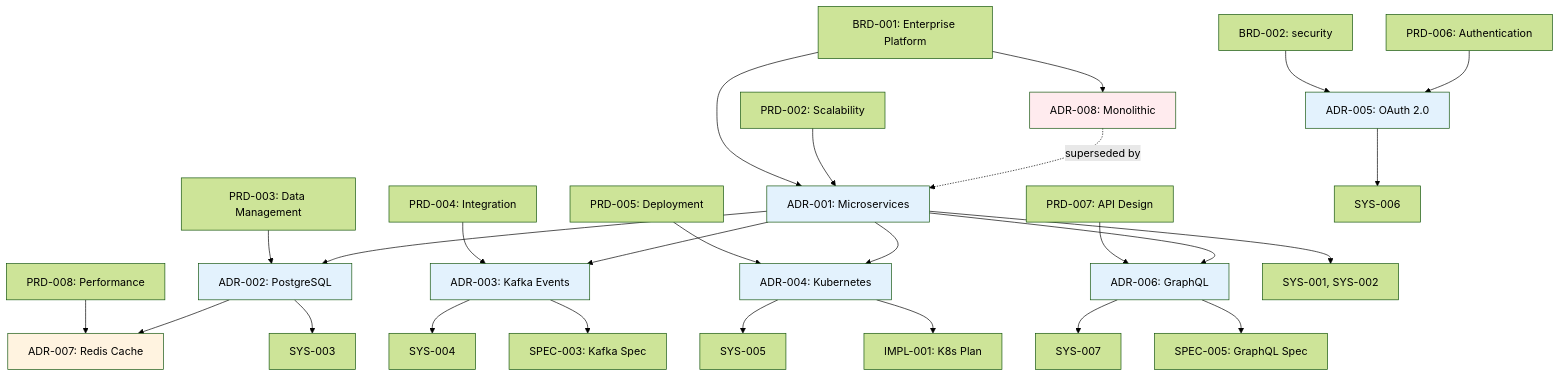
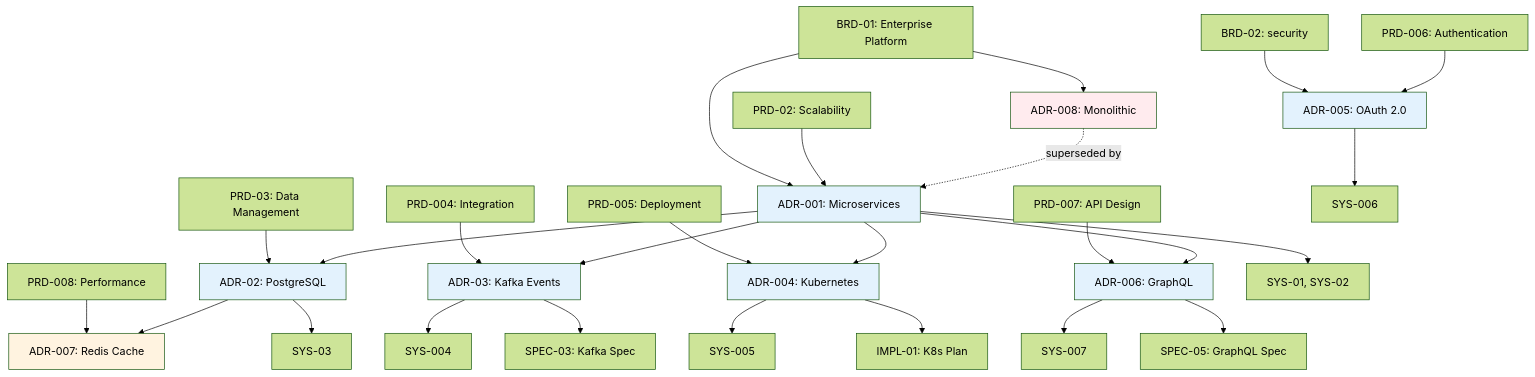
The diagram in ai_dev_flow/ADR/examples/TRACEABILITY_MATRIX_ADR_EXAMPLE.md (vladm3105/aidoc-flow-framework), drawn with Mermaid (forest theme) before and after one commit. The commit also changed other lines of this file and 215 other files, not shown here.

````diff
--- a/ai_dev_flow/ADR/examples/TRACEABILITY_MATRIX_ADR_EXAMPLE.md
+++ b/ai_dev_flow/ADR/examples/TRACEABILITY_MATRIX_ADR_EXAMPLE.md
@@ -171,42 +171,42 @@
 ```mermaid
 graph TD
-    BRD001[BRD-001: Enterprise Platform] --> ADR001[ADR-001: Microservices]
+    BRD001[BRD-01: Enterprise Platform] --> ADR001[ADR-001: Microservices]
     BRD001 --> ADR008[ADR-008: Monolithic]
-    BRD002[BRD-002: security] --> ADR005[ADR-005: OAuth 2.0]
+    BRD002[BRD-02: security] --> ADR005[ADR-005: OAuth 2.0]
 
-    PRD002[PRD-002: Scalability] --> ADR001
-    PRD003[PRD-003: Data Management] --> ADR002[ADR-002: PostgreSQL]
-    PRD004[PRD-004: Integration] --> ADR003[ADR-003: Kafka Events]
+    PRD002[PRD-02: Scalability] --> ADR001
+    PRD003[PRD-03: Data Management] --> ADR002[ADR-02: PostgreSQL]
+    PRD004[PRD-004: Integration] --> ADR003[ADR-03: Kafka Events]
     PRD005[PRD-005: Deployment] --> ADR004[ADR-004: Kubernetes]
     PRD006[PRD-006: Authentication] --> ADR005
     PRD007[PRD-007: API Design] --> ADR006[ADR-006: GraphQL]
     PRD008[PRD-008: Performance] --> ADR007[ADR-007: Redis Cache]
 
     ADR001 --> ADR002
     ADR001 --> ADR003
     ADR001 --> ADR004
     ADR001 --> ADR006
     ADR002 --> ADR007
 
     ADR008 -.superseded by.-> ADR001
 
-    ADR001 --> SYS001[SYS-001, SYS-002]
-    ADR002 --> SYS003[SYS-003]
+    ADR001 --> SYS001[SYS-01, SYS-02]
+    ADR002 --> SYS003[SYS-03]
     ADR003 --> SYS004[SYS-004]
     ADR004 --> SYS005[SYS-005]
     ADR005 --> SYS006[SYS-006]
     ADR006 --> SYS007[SYS-007]
 
-    ADR003 --> SPEC003[SPEC-003: Kafka Spec]
-    ADR006 --> SPEC005[SPEC-005: GraphQL Spec]
-    ADR004 --> IMPL001[IMPL-001: K8s Plan]
+    ADR003 --> SPEC003[SPEC-03: Kafka Spec]
+    ADR006 --> SPEC005[SPEC-05: GraphQL Spec]
+    ADR004 --> IMPL001[IMPL-01: K8s Plan]
 
     style ADR001 fill:#e3f2fd
     style ADR002 fill:#e3f2fd
     style ADR003 fill:#e3f2fd
     style ADR004 fill:#e3f2fd
     style ADR005 fill:#e3f2fd
     style ADR006 fill:#e3f2fd
     style ADR007 fill:#fff3e0
     style ADR008 fill:#ffebee
 ```
````
